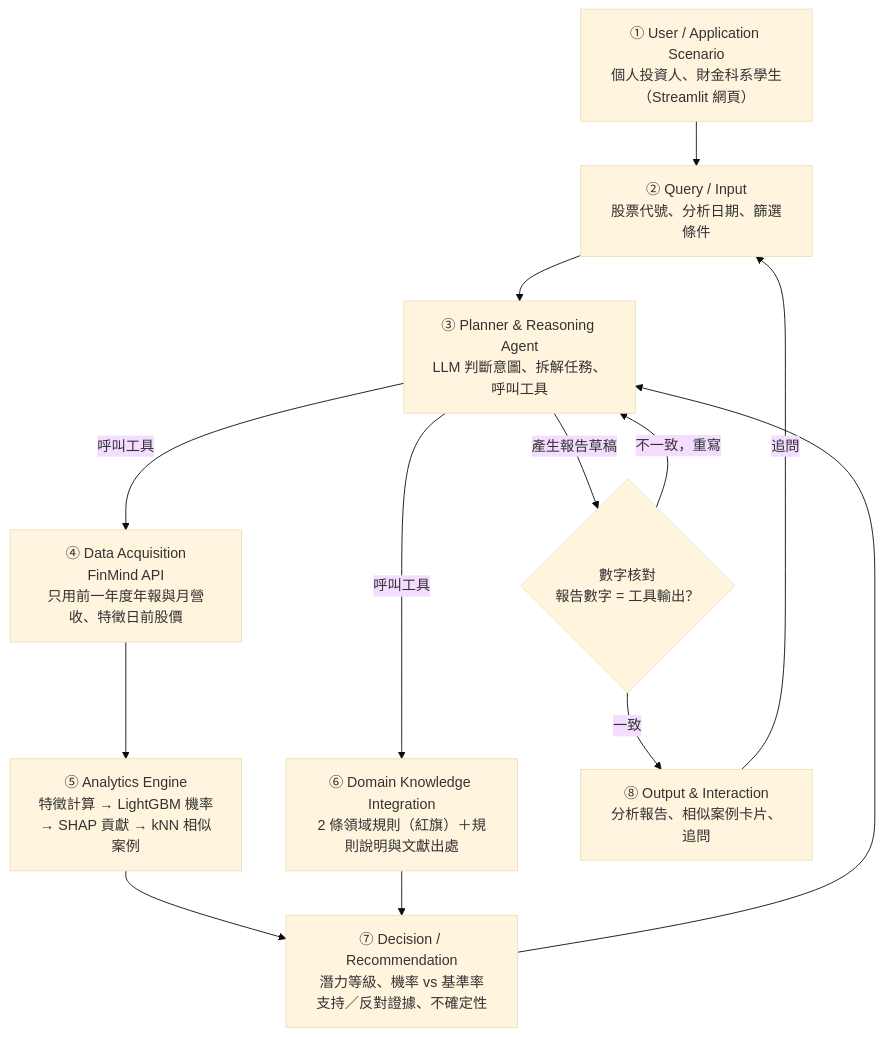
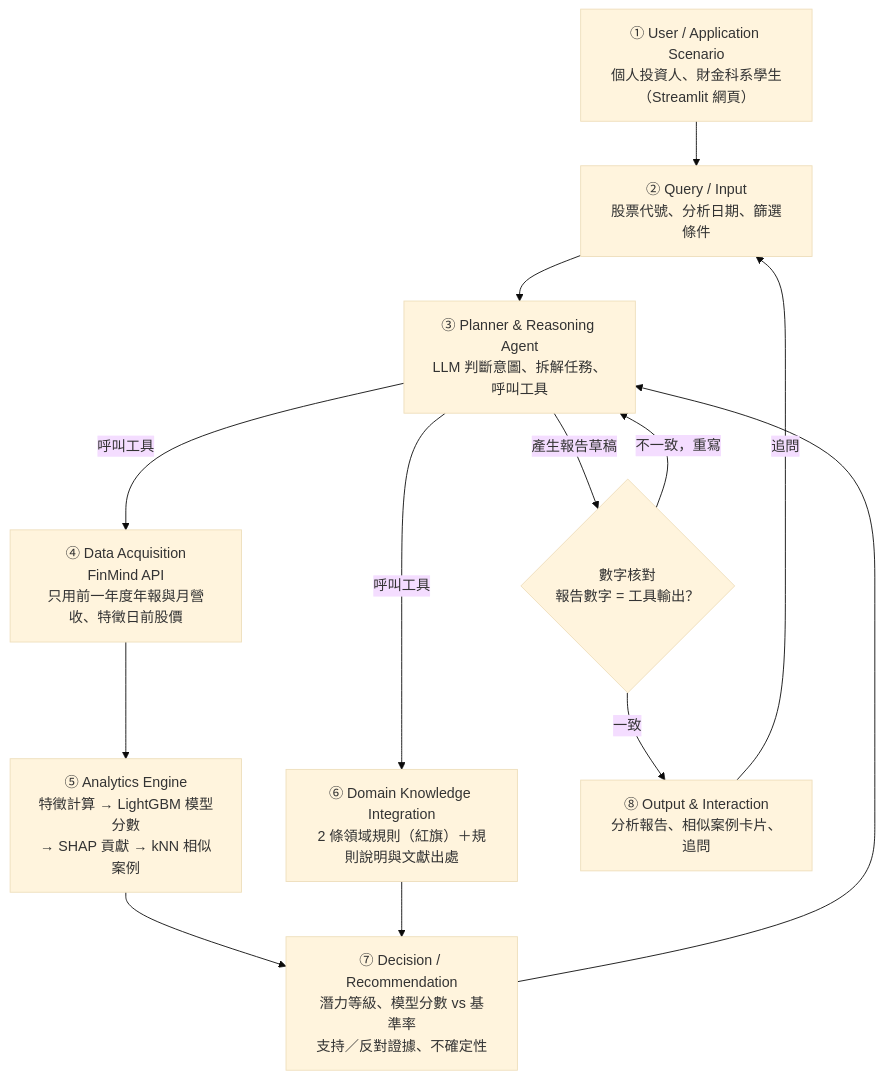
One commit to yui000130/AIoT-FinalProject changed the diagram in DESIGN.md. Above: the diagram before and after it, drawn with Mermaid (base theme). The commit also changed other lines of this file and 4 other files, not shown here.

````diff
--- a/DESIGN.md
+++ b/DESIGN.md
@@ -80,23 +91,23 @@
 ```mermaid
 flowchart TD
     U["① User / Application Scenario<br/>個人投資人、財金科系學生<br/>（Streamlit 網頁）"]
     Q["② Query / Input<br/>股票代號、分析日期、篩選條件"]
     P["③ Planner & Reasoning Agent<br/>LLM 判斷意圖、拆解任務、呼叫工具"]
     D["④ Data Acquisition<br/>FinMind API<br/>只用前一年度年報與月營收、特徵日前股價"]
-    A["⑤ Analytics Engine<br/>特徵計算 → LightGBM 機率<br/>→ SHAP 貢獻 → kNN 相似案例"]
+    A["⑤ Analytics Engine<br/>特徵計算 → LightGBM 模型分數<br/>→ SHAP 貢獻 → kNN 相似案例"]
     K["⑥ Domain Knowledge Integration<br/>2 條領域規則（紅旗）＋規則說明與文獻出處"]
-    R["⑦ Decision / Recommendation<br/>潛力等級、機率 vs 基準率<br/>支持／反對證據、不確定性"]
+    R["⑦ Decision / Recommendation<br/>潛力等級、模型分數 vs 基準率<br/>支持／反對證據、不確定性"]
     O["⑧ Output & Interaction<br/>分析報告、相似案例卡片、追問"]
     V{"數字核對<br/>報告數字 = 工具輸出？"}
 
     U --> Q --> P
     P -->|呼叫工具| D --> A
     P -->|呼叫工具| K
     A --> R
     K --> R
     R --> P
     P -->|產生報告草稿| V
     V -->|一致| O
     V -->|不一致，重寫| P
     O -->|追問| Q
 ```
````
